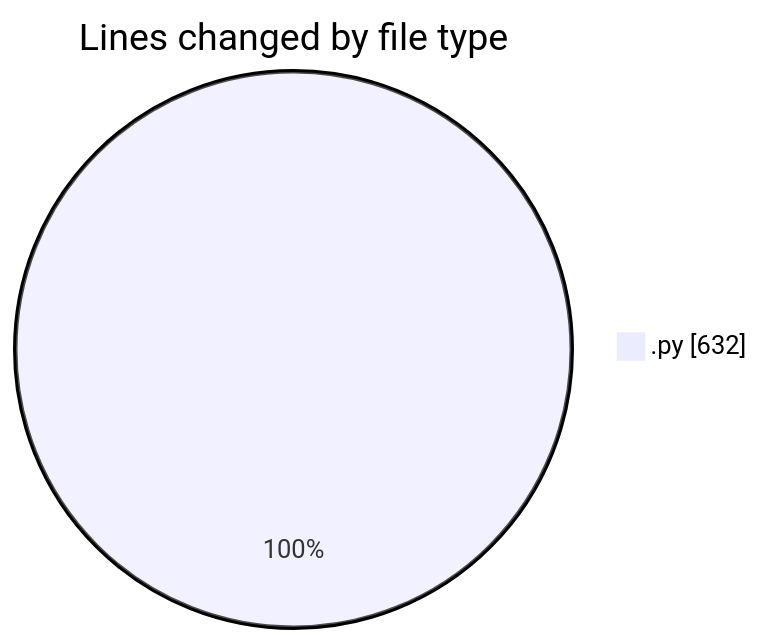
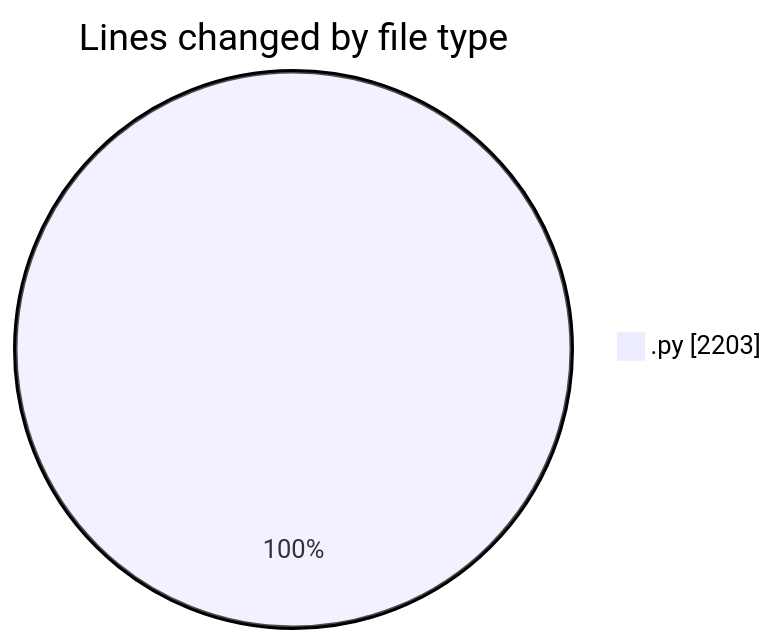
Before and after one commit to Unknowalive/code-tracking: the first of 2 diagrams in 2026-04-02/ai-programming-assignment-4/README.md, drawn with Mermaid. The commit also changed other lines of this file and 1 other file, not shown here.

````diff
--- a/2026-04-02/ai-programming-assignment-4/README.md
+++ b/2026-04-02/ai-programming-assignment-4/README.md
@@ -23,5 +29,5 @@
 ```mermaid
 pie showData
 title Lines changed by file type
-".py" : 632
+".py" : 2203
 ```
````
